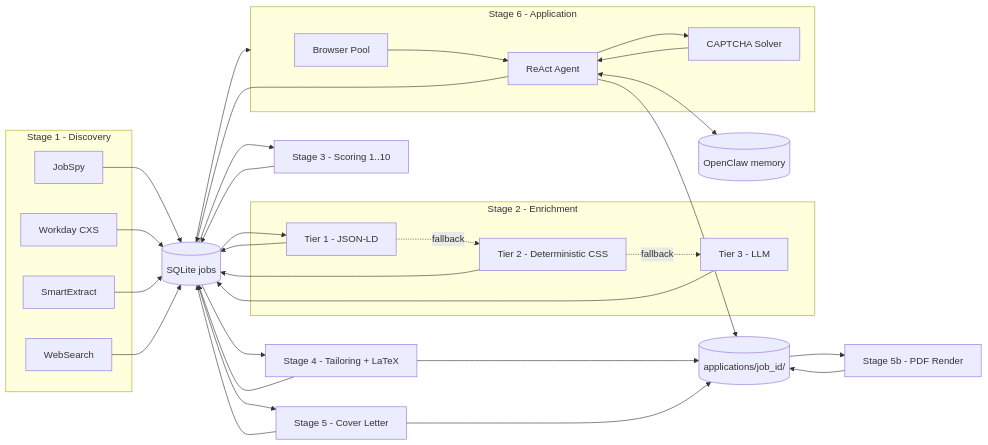
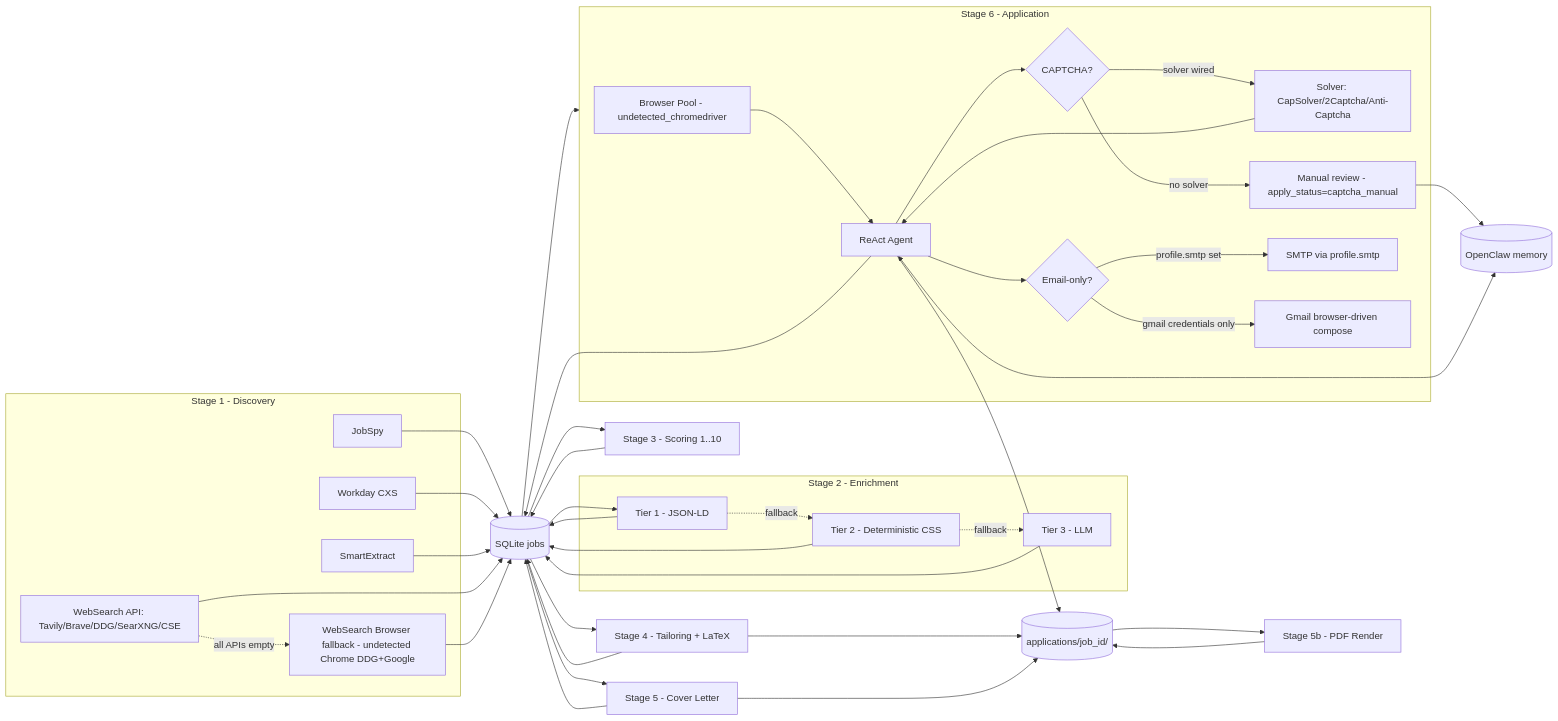
One commit to AvishakeAdhikary/NexScout changed the diagram in docs/architecture.md. Above: the diagram before and after it, drawn with Mermaid. The commit also changed other lines of this file and 4 other files, not shown here.

````diff
--- a/docs/architecture.md
+++ b/docs/architecture.md
@@ -9,54 +9,69 @@
 ```mermaid
 flowchart LR
     subgraph Discovery[Stage 1 - Discovery]
         D1[JobSpy]
         D2[Workday CXS]
         D3[SmartExtract]
-        D4[WebSearch]
+        D4[WebSearch API: Tavily/Brave/DDG/SearXNG/CSE]
+        D5[WebSearch Browser fallback - undetected Chrome DDG+Google]
     end
 
     subgraph Enrich[Stage 2 - Enrichment]
         E1[Tier 1 - JSON-LD]
         E2[Tier 2 - Deterministic CSS]
         E3[Tier 3 - LLM]
     end
 
     Score[Stage 3 - Scoring 1..10]
     Tailor[Stage 4 - Tailoring + LaTeX]
     Cover[Stage 5 - Cover Letter]
     Render[Stage 5b - PDF Render]
 
     subgraph Apply[Stage 6 - Application]
-        A1[Browser Pool]
+        A1[Browser Pool - undetected_chromedriver]
         A2[ReAct Agent]
-        A3[CAPTCHA Solver]
+        A3{CAPTCHA?}
+        A3a[Solver: CapSolver/2Captcha/Anti-Captcha]
+        A3b[Manual review - apply_status=captcha_manual]
+        A4{Email-only?}
+        A4a[SMTP via profile.smtp]
+        A4b[Gmail browser-driven compose]
     end
 
     DB[(SQLite jobs)]
     Bundle[(applications/job_id/)]
     Memory[(OpenClaw memory)]
 
     D1 --> DB
     D2 --> DB
     D3 --> DB
     D4 --> DB
+    D4 -. all APIs empty .-> D5
+    D5 --> DB
 
     DB --> E1
     E1 -. fallback .-> E2
     E2 -. fallback .-> E3
     E1 --> DB
     E2 --> DB
     E3 --> DB
 
     DB --> Score --> DB
     DB --> Tailor --> Bundle
     Tailor --> DB
     DB --> Cover --> Bundle
     Cover --> DB
     Bundle --> Render --> Bundle
     DB --> Apply
-    A1 --> A2 --> A3 --> A2
+    A1 --> A2
+    A2 --> A3
+    A3 -- solver wired --> A3a --> A2
+    A3 -- no solver --> A3b
+    A3b --> Memory
+    A2 --> A4
+    A4 -- profile.smtp set --> A4a
+    A4 -- gmail credentials only --> A4b
     A2 --> Bundle
     A2 --> DB
     A2 <--> Memory
 ```
````
